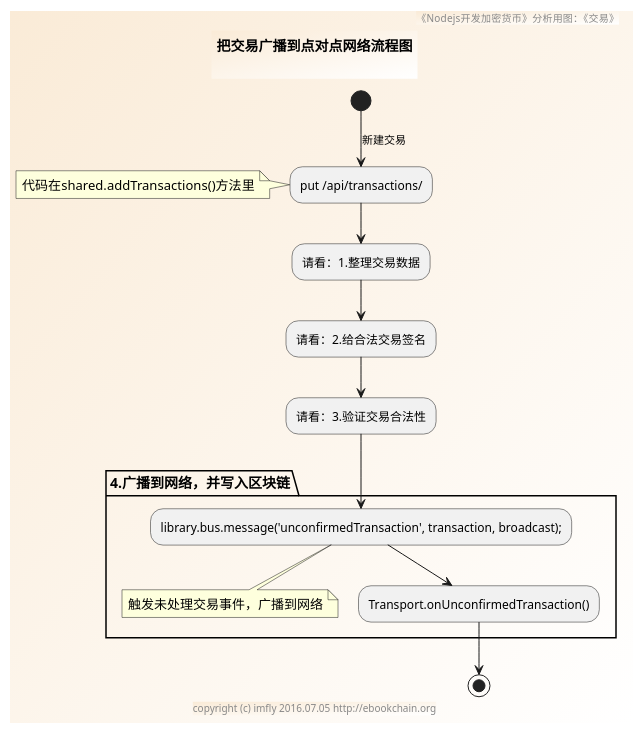
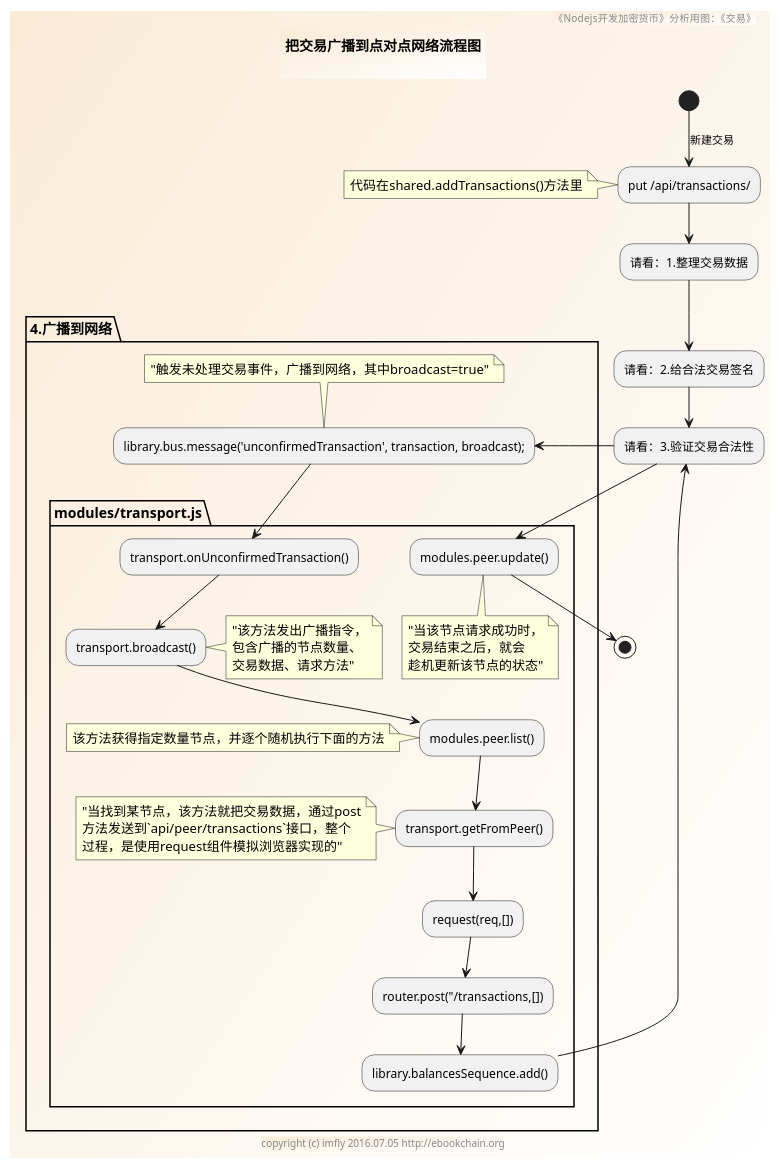
The diagram in sources/modules/transactions/broadcastTransaction.pu (brightmanforever022/bitcoin-on-nodejs), drawn with PlantUML before and after one commit. The commit also changed 8 other files, not shown here.

Commit message:
修改流程图

```diff
--- a/sources/modules/transactions/broadcastTransaction.pu
+++ b/sources/modules/transactions/broadcastTransaction.pu
@@ -1,26 +1,53 @@
 @startuml ../../../styles/images/modules/transactions/broadcastTransaction-activity.png
 skinparam BorderColor #blue\9932CC
 skinparam backgroundcolor AntiqueWhite/white
 
 title
 把交易广播到点对点网络流程图
 
 end title
 
 footer copyright (c) imfly 2016.07.05 http://ebookchain.org
 header 《Nodejs开发加密货币》分析用图：《交易》
 
 (*)--> [新建交易] "put /api/transactions/" as inputForm
 note left: 代码在shared.addTransactions()方法里
 
 --> "请看：1.整理交易数据"
 --> "请看：2.给合法交易签名"
---> "请看：3.验证交易合法性"
+--> "请看：3.验证交易合法性" as verifyTrs
 
-partition "4.广播到网络，并写入区块链" {
+partition "4.广播到网络" {
   --> library.bus.message('unconfirmedTransaction', transaction, broadcast);
-  note bottom: 触发未处理交易事件，广播到网络
-  --> Transport.onUnconfirmedTransaction()
+  note top: "触发未处理交易事件，广播到网络，其中broadcast=true"
+  partition "modules/transport.js" {
+    --> transport.onUnconfirmedTransaction()
+    --> transport.broadcast()
+    note left
+    "该方法发出广播指令，
+    包含广播的节点数量、
+    交易数据、请求方法"
+    end note
+    --> modules.peer.list()
+    note left:该方法获得指定数量节点，并逐个随机执行下面的方法
+    --> transport.getFromPeer()
+    note left
+    "当找到某节点，该方法就把交易数据，通过post
+    方法发送到`api/peer/transactions`接口，整个
+    过程，是使用request组件模拟浏览器实现的"
+    end note
+
+    --> request(req,[])
+    --> router.post("/transactions,[])
+    --> library.balancesSequence.add()
+    --> verifyTrs
+    -down-> modules.peer.update()
+    note bottom
+    "当该节点请求成功时，
+    交易结束之后，就会
+    趁机更新该节点的状态"
+    end note
+  }
 }
 --> (*)
 @enduml
```
